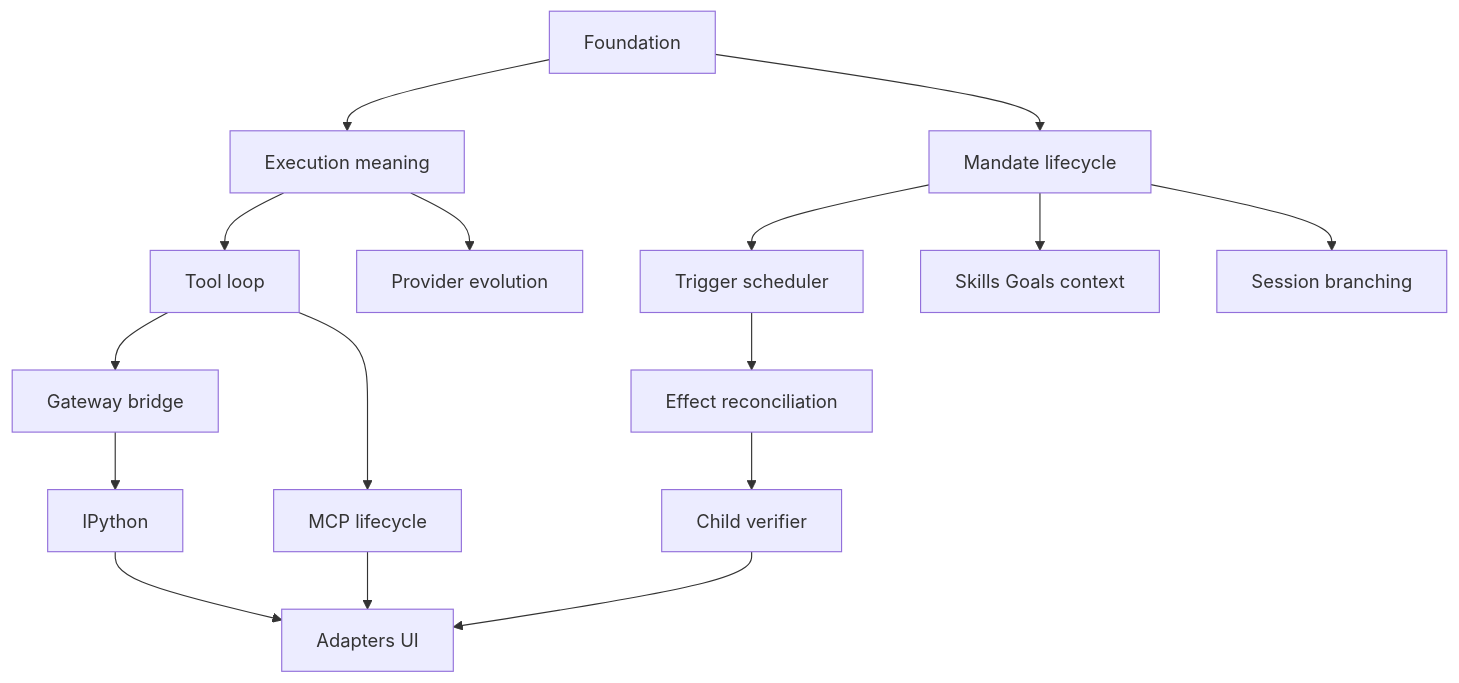
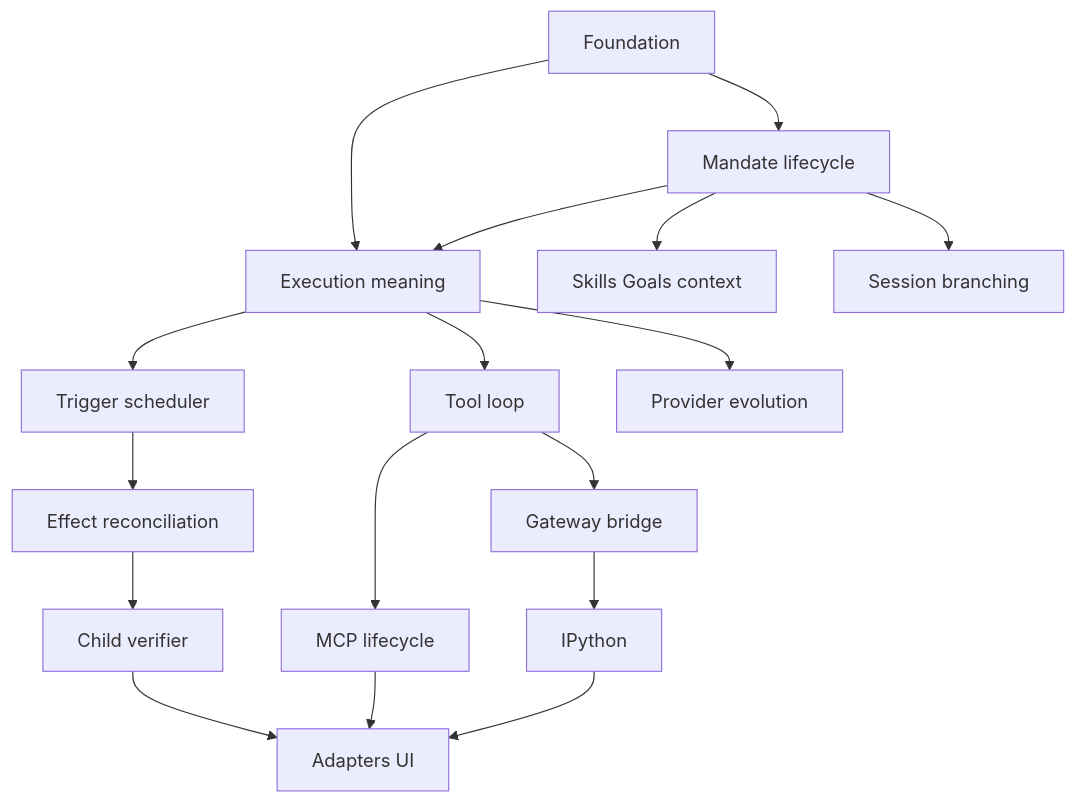
One commit to y0tsy/intention-relay changed the diagram in docs/intention-relay/reconciliation/ownership-and-dependency-map.md. Above: the diagram before and after it, drawn with Mermaid. The commit also changed other lines of this file and 14 other files, not shown here.

Commit message:
docs(architecture): define execution meaning compatibility

````diff
--- a/docs/intention-relay/reconciliation/ownership-and-dependency-map.md
+++ b/docs/intention-relay/reconciliation/ownership-and-dependency-map.md
@@ -19,18 +20,19 @@
 ```mermaid
 flowchart TD
   F[Foundation] --> E[Execution meaning]
   F --> M[Mandate lifecycle]
+  M --> E
   E --> T[Tool loop]
-  M --> S[Trigger scheduler]
+  E --> S[Trigger scheduler]
   T --> G[Gateway bridge]
   S --> X[Effect reconciliation]
   X --> C[Child verifier]
   T --> P[MCP lifecycle]
   M --> K[Skills Goals context]
   G --> I[IPython]
   E --> V[Provider evolution]
   M --> B[Session branching]
   C --> U[Adapters UI]
   P --> U
   I --> U
 ```
````
